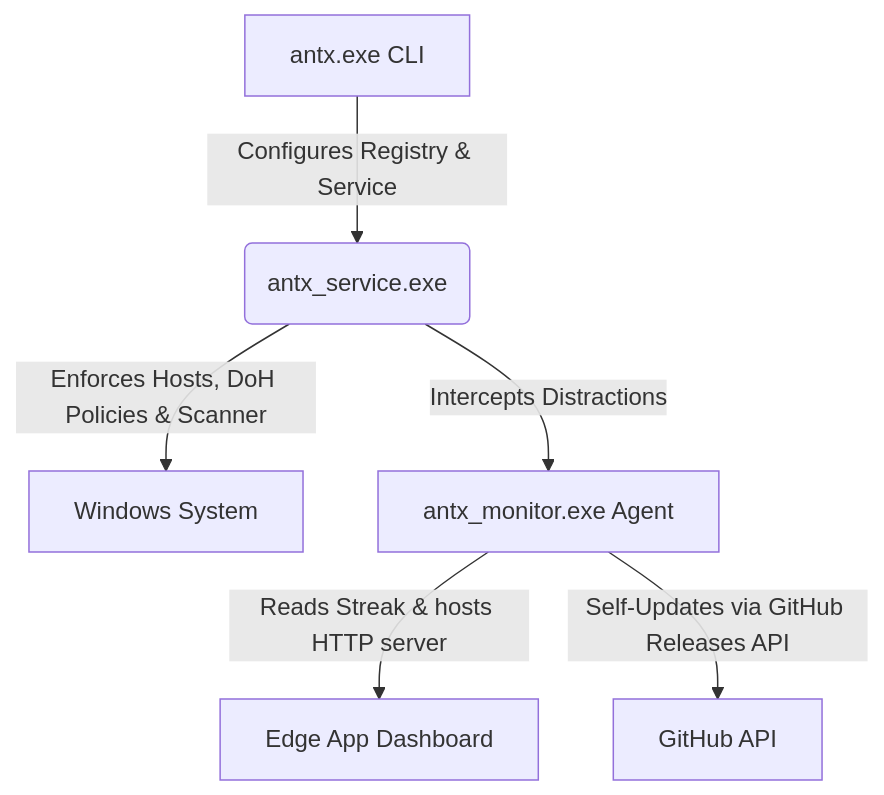
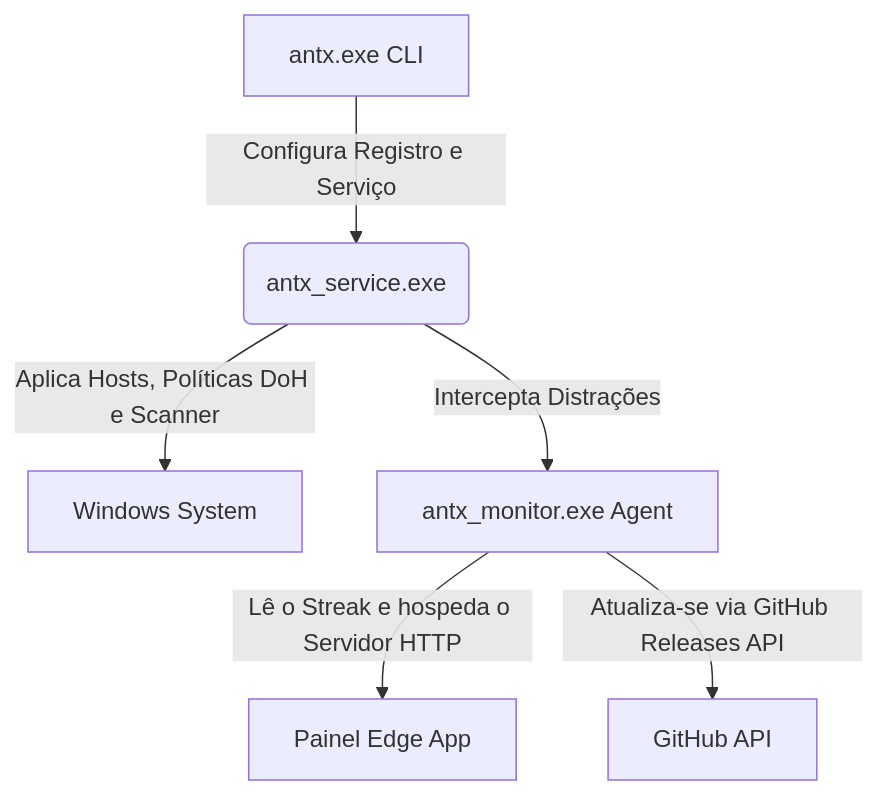
The diagram in README.md (gabriel-sk1/antx), drawn with Mermaid before and after one commit. The commit also changed other lines of this file and 1 other file, not shown here.

````diff
--- a/README.md
+++ b/README.md
@@ -29,8 +29,8 @@
 ```mermaid
 graph TD
-    A[antx.exe CLI] -->|Configures Registry & Service| B(antx_service.exe)
-    B -->|Enforces Hosts, DoH Policies & Scanner| C[Windows System]
-    D[antx_monitor.exe Agent] -->|Reads Streak & hosts HTTP server| E[Edge App Dashboard]
-    D -->|Self-Updates via GitHub Releases API| F[GitHub API]
-    B -->|Intercepts Distractions| D
+    A[antx.exe CLI] -->|Configura Registro e Serviço| B(antx_service.exe)
+    B -->|Aplica Hosts, Políticas DoH e Scanner| C[Windows System]
+    D[antx_monitor.exe Agent] -->|Lê o Streak e hospeda o Servidor HTTP| E[Painel Edge App]
+    D -->|Atualiza-se via GitHub Releases API| F[GitHub API]
+    B -->|Intercepta Distrações| D
 ```
````
